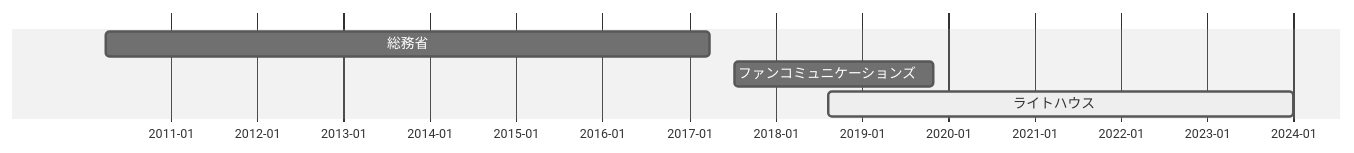
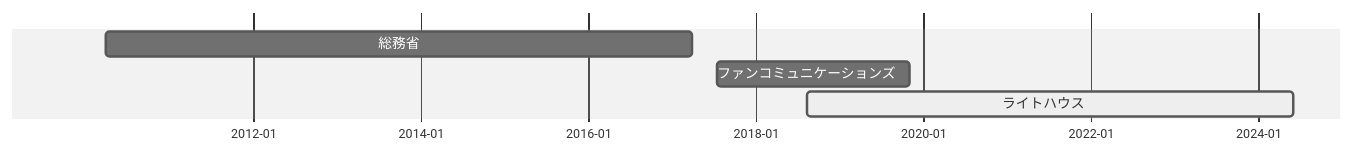
One commit to iHideck/resume changed the diagram in README.md. Above: the diagram before and after it, drawn with Mermaid (neutral theme).

Commit message:
fix: 現職の職歴のdateの修正

````diff
--- a/README.md
+++ b/README.md
@@ -7,8 +7,8 @@
 ```mermaid
 gantt
     dateFormat YYYY-MM-DD
     axisFormat  %Y-%m
     総務省 :job1, 2010-04-01,2017-03-31
     ファンコミュニケーションズ　:job2, 2017-07-15,2019-10-31
-    ライトハウス　: active, job3, 2018-08-15, 2024-01-01
+    ライトハウス　: active, job3, 2018-08-15, 2024-05-31
 ```
````
